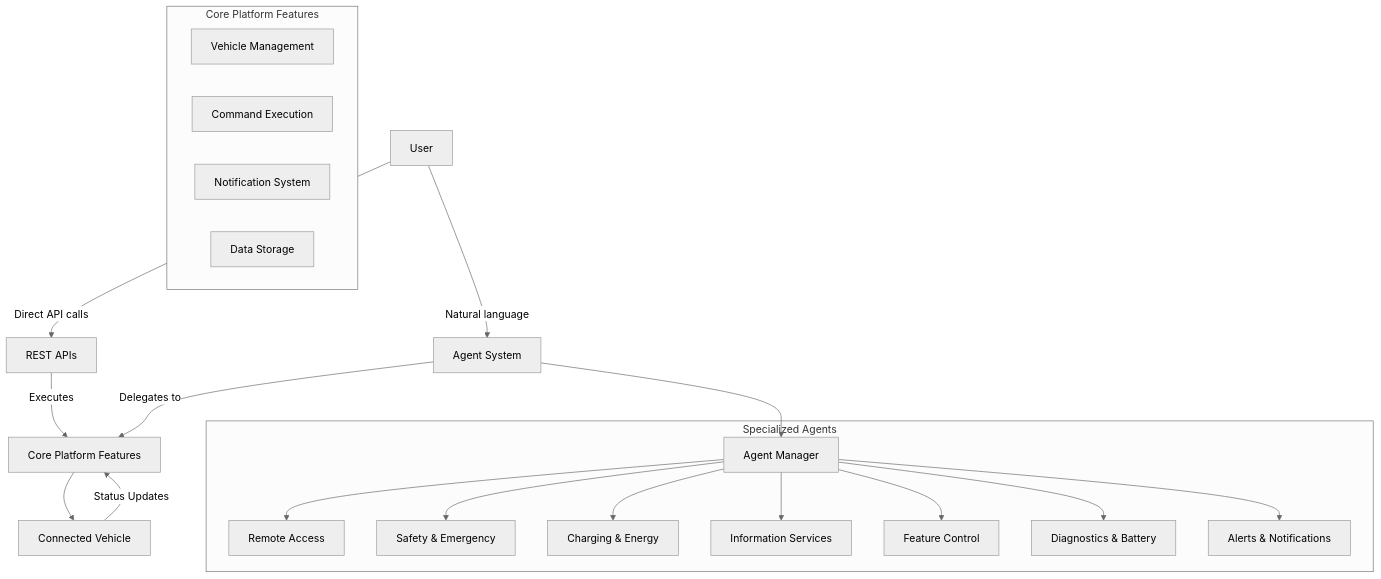
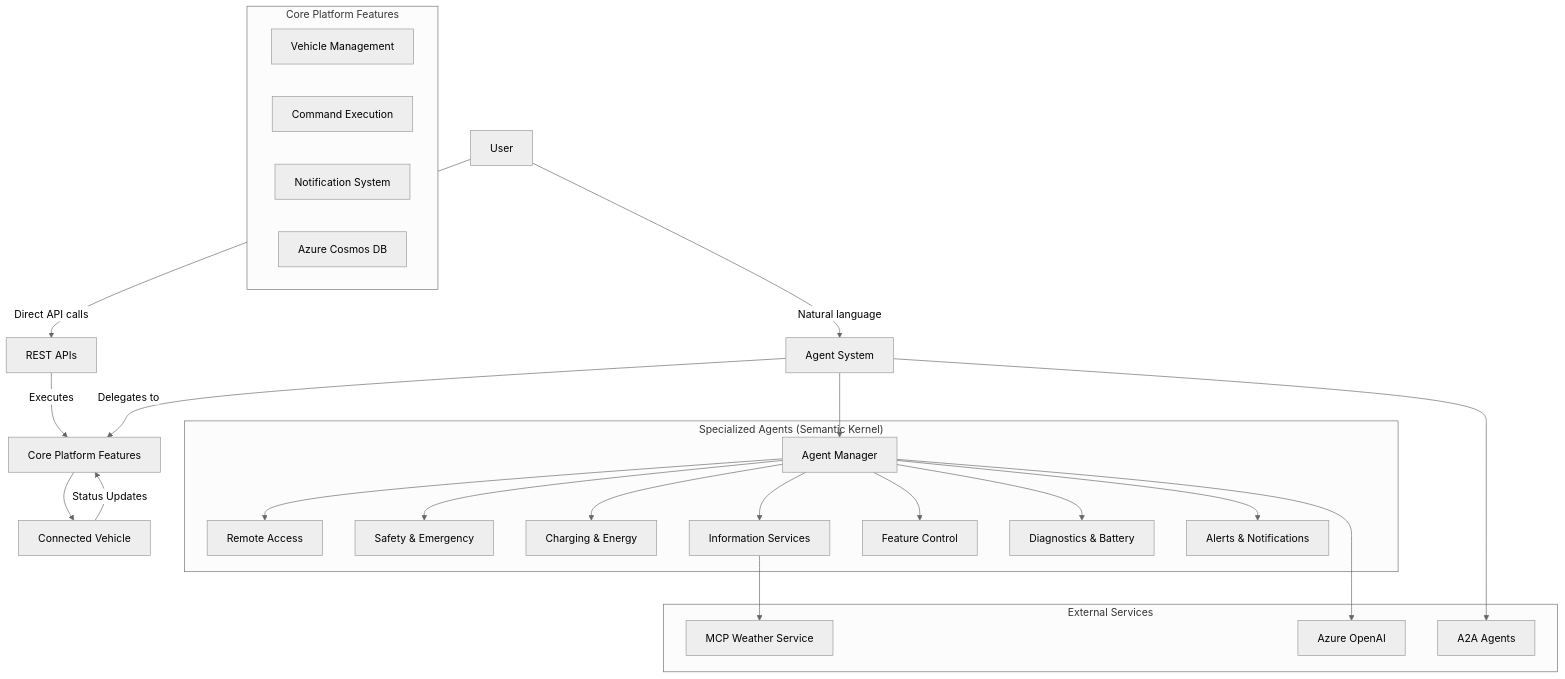
The first of 2 diagrams in README.md (kimtth/agentic-connected-vehicle-platform), drawn with Mermaid (neutral theme) before and after one commit. The commit also changed other lines of this file and 17 other files, not shown here.

````diff
--- a/README.md
+++ b/README.md
@@ -37,30 +41,40 @@
 ```mermaid
 graph TD
     User[User] --> |Direct API calls| API[REST APIs]
     User --> |Natural language| AGS[Agent System]
     
     API --> |Executes| Core[Core Platform Features]
     AGS --> |Delegates to| Core
     
     subgraph "Core Platform Features"
         VehMgmt[Vehicle Management]
         CmdExec[Command Execution]
         NotifSys[Notification System]
-        DataStore[Data Storage]
+        CosmosDB[Azure Cosmos DB]
     end
     
     AGS --> AM[Agent Manager]
     
-    subgraph "Specialized Agents"
+    subgraph "Specialized Agents (Semantic Kernel)"
         AM --> RA[Remote Access]
         AM --> SE[Safety & Emergency]
         AM --> CE[Charging & Energy]
         AM --> IS[Information Services]
         AM --> FC[Feature Control]
         AM --> DB[Diagnostics & Battery]
         AM --> AN[Alerts & Notifications]
     end
     
+    subgraph "External Services"
+        MCP[MCP Weather Service]
+        Azure[Azure OpenAI]
+        A2A[A2A Agents]
+    end
+    
+    IS --> MCP
+    AM --> Azure
+    AGS --> A2A
+    
     Core --> Vehicle[Connected Vehicle]
     Vehicle --> |Status Updates| Core
 ```
````
